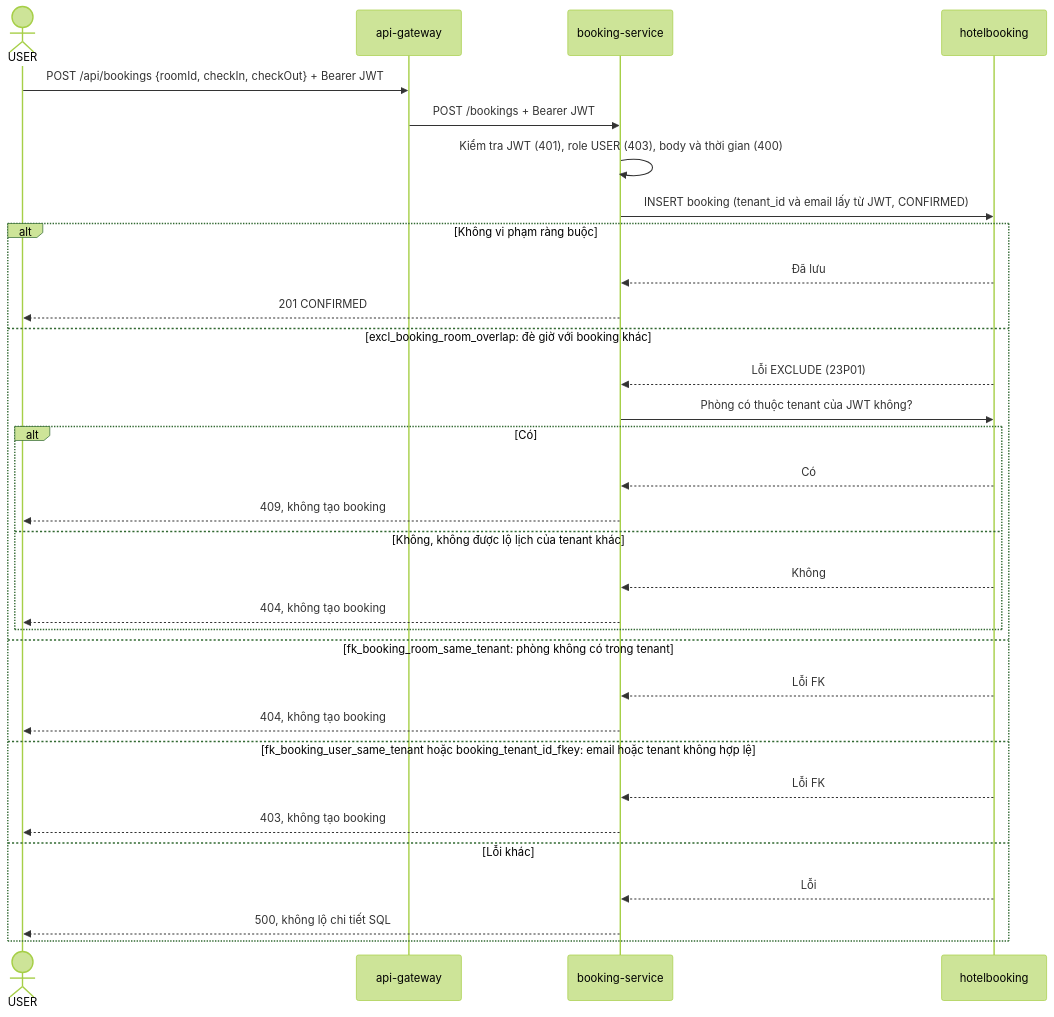
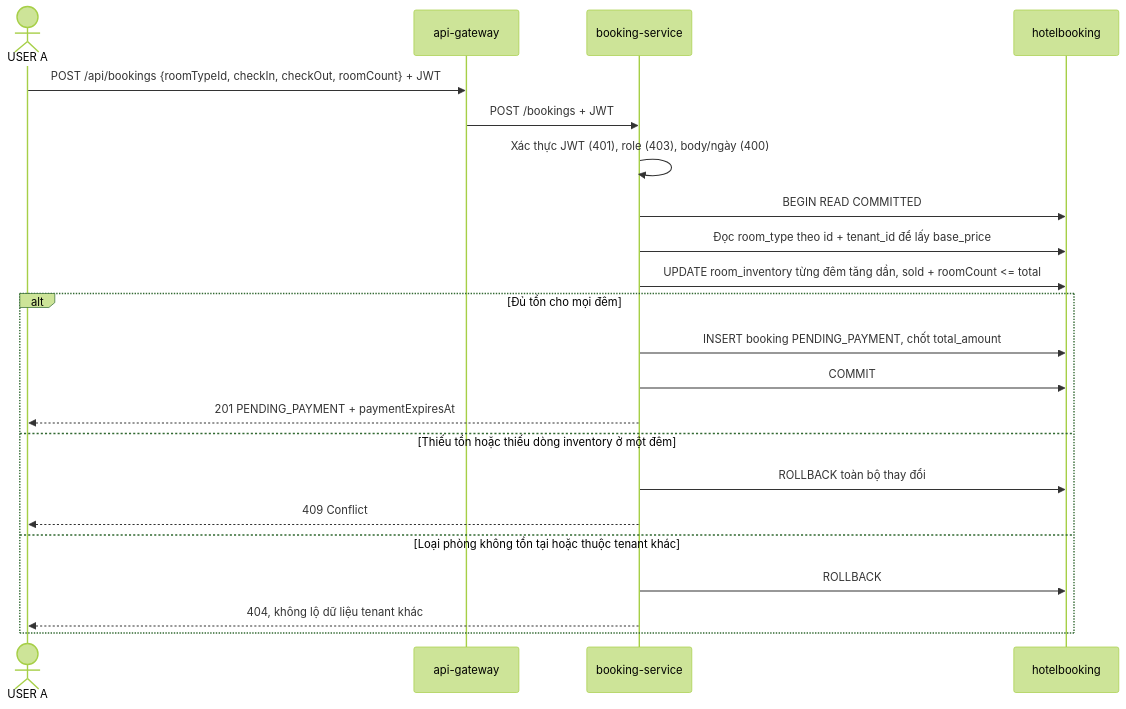
The second of 5 diagrams in docs/sequence-booking.md (oabga/HotelBookingSystem), drawn with Mermaid (forest theme) before and after one commit. The commit also changed other lines of this file and 4 other files, not shown here.

First line of the commit message:
UPDATE database and fix sequence

````diff
--- a/docs/sequence-booking.md
+++ b/docs/sequence-booking.md
@@ -9,36 +27,25 @@
 ```mermaid
 sequenceDiagram
-    actor User as USER
+    actor User as USER A
     participant Gateway as api-gateway
     participant Booking as booking-service
     participant DB as hotelbooking
 
-    User->>Gateway: POST /api/bookings {roomId, checkIn, checkOut} + Bearer JWT
-    Gateway->>Booking: POST /bookings + Bearer JWT
-    Booking->>Booking: Kiểm tra JWT (401), role USER (403), body và thời gian (400)
-    Booking->>DB: INSERT booking (tenant_id và email lấy từ JWT, CONFIRMED)
-
-    alt Không vi phạm ràng buộc
-        DB-->>Booking: Đã lưu
-        Booking-->>User: 201 CONFIRMED
-    else excl_booking_room_overlap: đè giờ với booking khác
-        DB-->>Booking: Lỗi EXCLUDE (23P01)
-        Booking->>DB: Phòng có thuộc tenant của JWT không?
-        alt Có
-            DB-->>Booking: Có
-            Booking-->>User: 409, không tạo booking
-        else Không, không được lộ lịch của tenant khác
-            DB-->>Booking: Không
-            Booking-->>User: 404, không tạo booking
-        end
-    else fk_booking_room_same_tenant: phòng không có trong tenant
-        DB-->>Booking: Lỗi FK
-        Booking-->>User: 404, không tạo booking
-    else fk_booking_user_same_tenant hoặc booking_tenant_id_fkey: email hoặc tenant không hợp lệ
-        DB-->>Booking: Lỗi FK
-        Booking-->>User: 403, không tạo booking
-    else Lỗi khác
-        DB-->>Booking: Lỗi
-        Booking-->>User: 500, không lộ chi tiết SQL
+    User->>Gateway: POST /api/bookings {roomTypeId, checkIn, checkOut, roomCount} + JWT
+    Gateway->>Booking: POST /bookings + JWT
+    Booking->>Booking: Xác thực JWT (401), role (403), body/ngày (400)
+    Booking->>DB: BEGIN READ COMMITTED
+    Booking->>DB: Đọc room_type theo id + tenant_id để lấy base_price
+    Booking->>DB: UPDATE room_inventory từng đêm tăng dần, sold + roomCount <= total
+    alt Đủ tồn cho mọi đêm
+        Booking->>DB: INSERT booking PENDING_PAYMENT, chốt total_amount
+        Booking->>DB: COMMIT
+        Booking-->>User: 201 PENDING_PAYMENT + paymentExpiresAt
+    else Thiếu tồn hoặc thiếu dòng inventory ở một đêm
+        Booking->>DB: ROLLBACK toàn bộ thay đổi
+        Booking-->>User: 409 Conflict
+    else Loại phòng không tồn tại hoặc thuộc tenant khác
+        Booking->>DB: ROLLBACK
+        Booking-->>User: 404, không lộ dữ liệu tenant khác
     end
 ```
````
